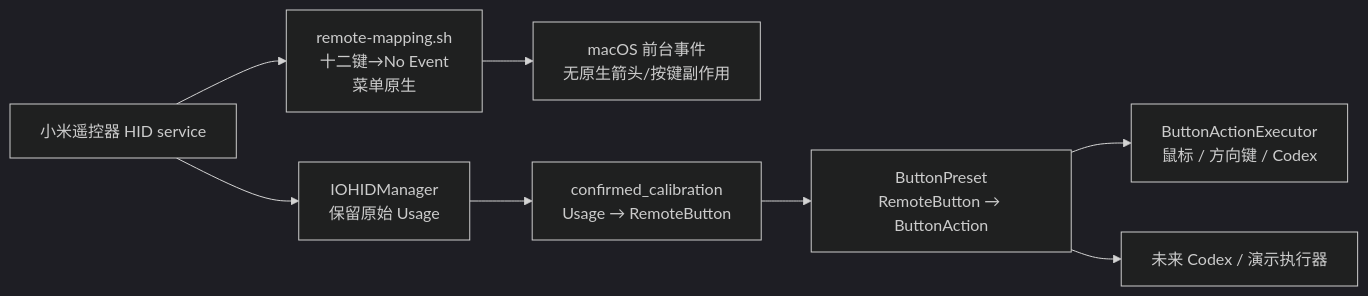
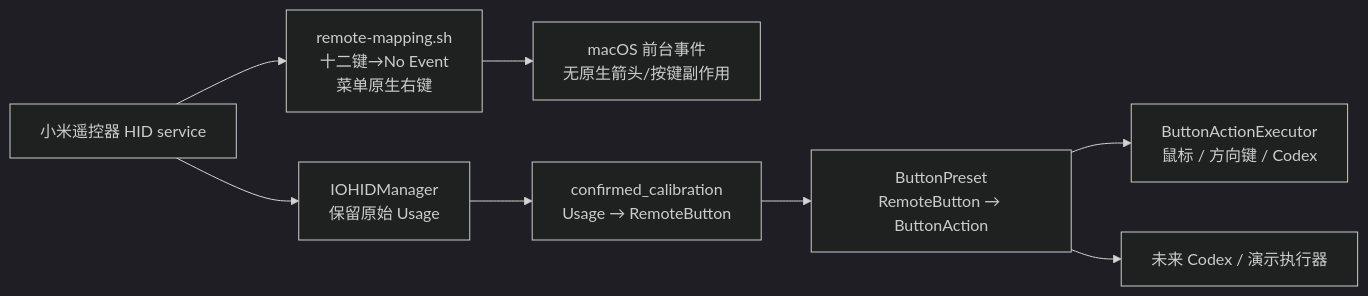
Before and after one commit to fanxeon/mi-ao: the diagram in docs/ARCHITECTURE.md, drawn with Mermaid (dark theme). The commit also changed other lines of this file and 22 other files, not shown here.

````diff
--- a/docs/ARCHITECTURE.md
+++ b/docs/ARCHITECTURE.md
@@ -19,10 +19,10 @@
 ```mermaid
 flowchart LR
     REMOTE["小米遥控器 HID service"] --> HID["IOHIDManager<br/>保留原始 Usage"]
-    REMOTE --> NEUTRAL["remote-mapping.sh<br/>十二键→No Event<br/>菜单原生"]
+    REMOTE --> NEUTRAL["remote-mapping.sh<br/>十二键→No Event<br/>菜单原生右键"]
     NEUTRAL --> MACOS["macOS 前台事件<br/>无原生箭头/按键副作用"]
     HID --> CAL["confirmed_calibration<br/>Usage → RemoteButton"]
     CAL --> PRESET["ButtonPreset<br/>RemoteButton → ButtonAction"]
     PRESET --> EXECUTOR["ButtonActionExecutor<br/>鼠标 / 方向键 / Codex"]
     PRESET --> FUTURE["未来 Codex / 演示执行器"]
 ```
````
